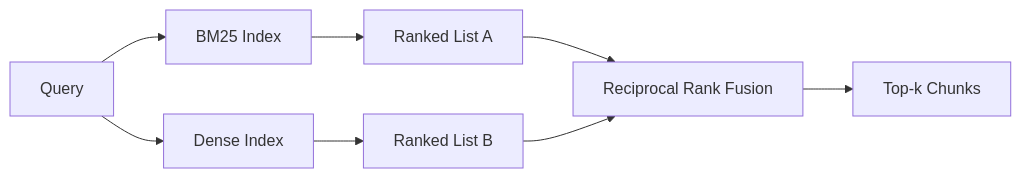
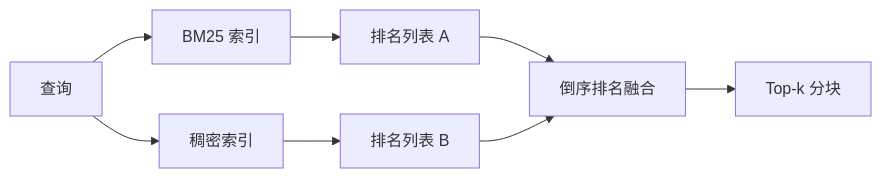
Before and after one commit to guangningsun/ailearning: the diagram in lessons/19-capstone-projects/65-hybrid-retrieval-bm25-dense/docs/zh.md, drawn with Mermaid. The commit also changed other lines of this file and 85 other files, not shown here.

````diff
--- a/lessons/19-capstone-projects/65-hybrid-retrieval-bm25-dense/docs/zh.md
+++ b/lessons/19-capstone-projects/65-hybrid-retrieval-bm25-dense/docs/zh.md
@@ -26,10 +27,10 @@
 ```mermaid
 flowchart LR
-  Query[Query] --> BM25[BM25 Index]
-  Query --> Dense[Dense Index]
-  BM25 --> RanksA[Ranked List A]
-  Dense --> RanksB[Ranked List B]
-  RanksA --> RRF[Reciprocal Rank Fusion]
+  Query[查询] --> BM25[BM25 索引]
+  Query --> Dense[稠密索引]
+  BM25 --> RanksA[排名列表 A]
+  Dense --> RanksB[排名列表 B]
+  RanksA --> RRF[倒序排名融合]
   RanksB --> RRF
-  RRF --> Top[Top-k Chunks]
+  RRF --> Top[Top-k 分块]
 ```
````
